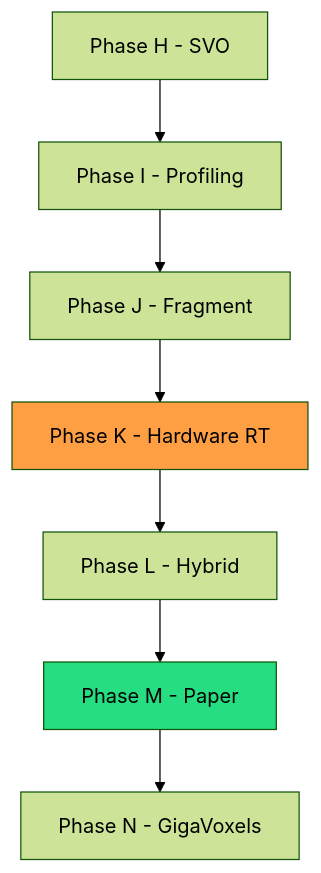
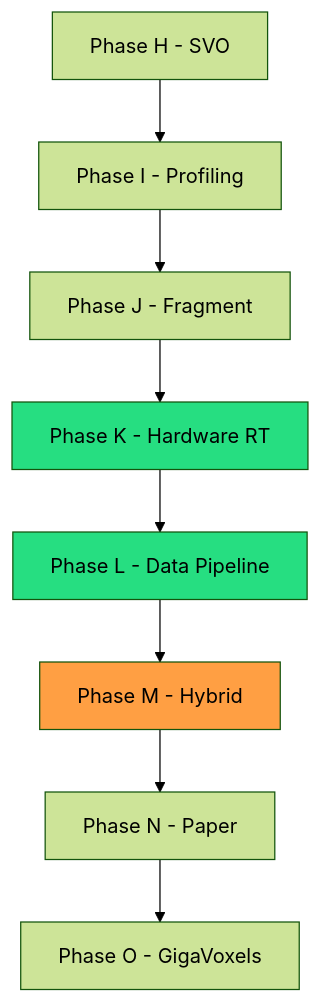
Before and after one commit to Lint111/VBVS--VIXEN: the third of 3 diagrams in VIXEN/Vixen-Docs/05-Progress/Roadmap.md, drawn with Mermaid (forest theme). The commit also changed other lines of this file and 35 other files, not shown here.

First line of the commit message:
feat(data-pipeline): Implement Phase L data visualization pipeline

````diff
--- a/VIXEN/Vixen-Docs/05-Progress/Roadmap.md
+++ b/VIXEN/Vixen-Docs/05-Progress/Roadmap.md
@@ -175,12 +200,14 @@
 ```mermaid
 flowchart TD
     PH[Phase H - SVO] --> PI[Phase I - Profiling]
     PI --> PJ[Phase J - Fragment]
     PJ --> PK[Phase K - Hardware RT]
-    PK --> PL[Phase L - Hybrid]
-    PL --> PM[Phase M - Paper]
-    PM --> PN[Phase N - GigaVoxels]
+    PK --> PL[Phase L - Data Pipeline]
+    PL --> PM[Phase M - Hybrid]
+    PM --> PN[Phase N - Paper]
+    PN --> PO[Phase O - GigaVoxels]
 
-    style PK fill:#ff9f43
-    style PM fill:#26de81
+    style PK fill:#26de81
+    style PL fill:#26de81
+    style PM fill:#ff9f43
 ```
````
